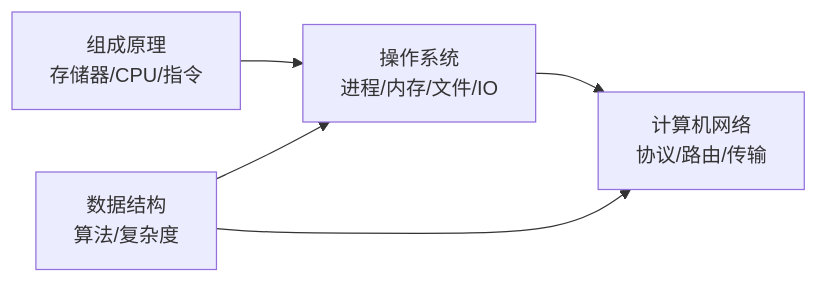
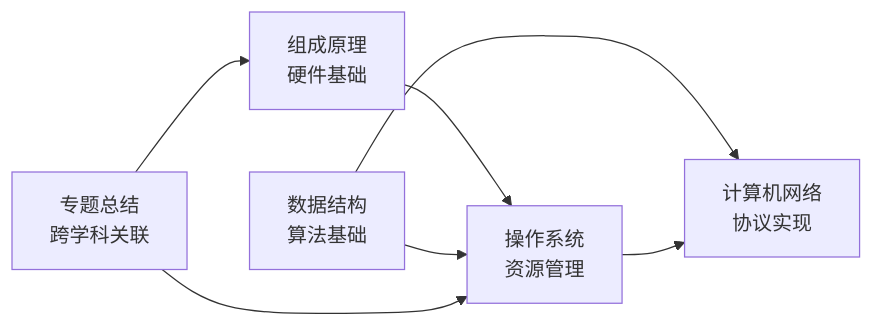
One commit to CQstory/study-notes changed the second of 4 diagrams in .qoder/repowiki/zh/content/408专业课学习指南/408专业课学习指南.md. Above: the diagram before and after it, drawn with Mermaid. The commit also changed other lines of this file and 52 other files, not shown here.

````diff
--- a/.qoder/repowiki/zh/content/408专业课学习指南/408专业课学习指南.md
+++ b/.qoder/repowiki/zh/content/408专业课学习指南/408专业课学习指南.md
@@ -96,7 +98,9 @@
 ```mermaid
 graph LR
-HW["组成原理<br/>存储器/CPU/指令"] --> OS["操作系统<br/>进程/内存/文件/IO"]
-DS["数据结构<br/>算法/复杂度"] --> OS
-DS --> NET["计算机网络<br/>协议/路由/传输"]
+HW["组成原理<br/>硬件基础"] --> OS["操作系统<br/>资源管理"]
+DS["数据结构<br/>算法基础"] --> OS
+DS --> NET["计算机网络<br/>协议实现"]
 OS --> NET
+SPEC["专题总结<br/>跨学科关联"] --> OS
+SPEC --> HW
 ```
````
